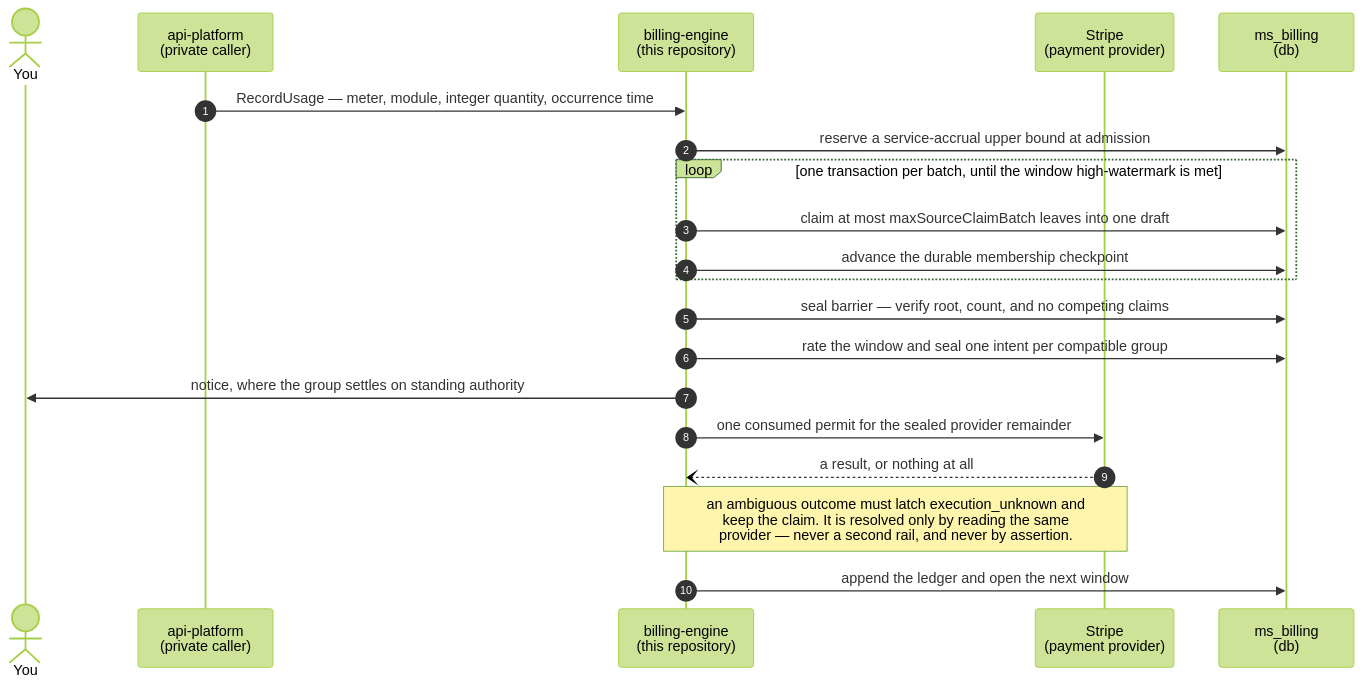
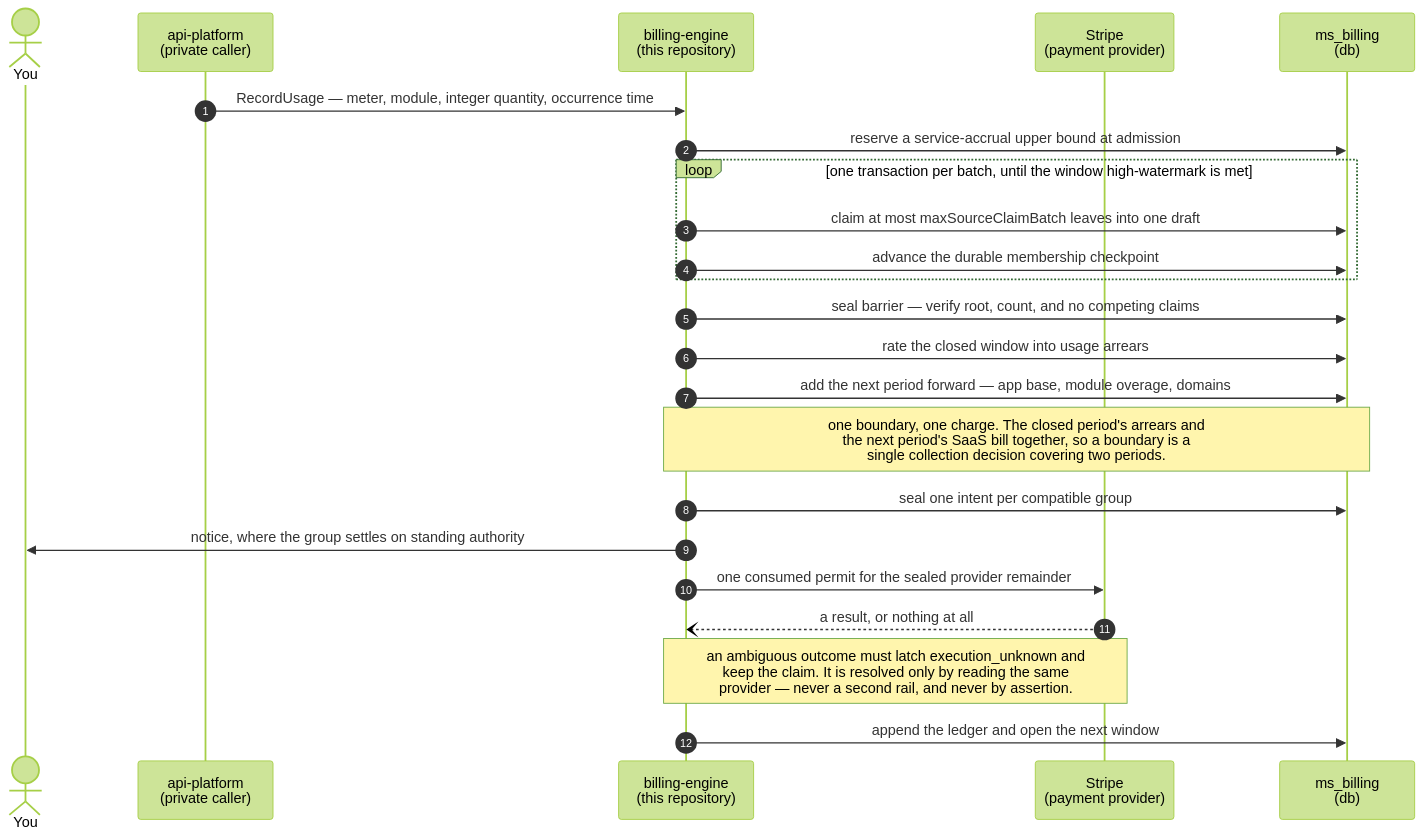
One commit to mirrorstack-ai/billing-engine changed the sixth of 6 diagrams in README.md. Above: the diagram before and after it, drawn with Mermaid (forest theme). The commit also changed other lines of this file and 1 other file, not shown here.

````diff
--- a/README.md
+++ b/README.md
@@ -401,27 +413,32 @@
 ```mermaid
 sequenceDiagram
     autonumber
     actor You
     participant AP as api-platform<br/>(private caller)
     participant Engine as billing-engine<br/>(this repository)
     participant Stripe as Stripe<br/>(payment provider)
     participant DB as ms_billing<br/>(db)
 
     AP->>Engine: RecordUsage — meter, module, integer quantity, occurrence time
     Engine->>DB: reserve a service-accrual upper bound at admission
 
     loop one transaction per batch, until the window high-watermark is met
         Engine->>DB: claim at most maxSourceClaimBatch leaves into one draft
         Engine->>DB: advance the durable membership checkpoint
     end
 
     Engine->>DB: seal barrier — verify root, count, and no competing claims
-    Engine->>DB: rate the window and seal one intent per compatible group
+    Engine->>DB: rate the closed window into usage arrears
+    Engine->>DB: add the next period forward — app base, module overage, domains
+
+    Note over Engine,DB: one boundary, one charge. The closed period's arrears and<br/>the next period's SaaS bill together, so a boundary is a<br/>single collection decision covering two periods.
+
+    Engine->>DB: seal one intent per compatible group
     Engine->>You: notice, where the group settles on standing authority
     Engine->>Stripe: one consumed permit for the sealed provider remainder
     Stripe--)Engine: a result, or nothing at all
 
     Note over Engine,Stripe: an ambiguous outcome must latch execution_unknown and<br/>keep the claim. It is resolved only by reading the same<br/>provider — never a second rail, and never by assertion.
 
     Engine->>DB: append the ledger and open the next window
 ```
````
